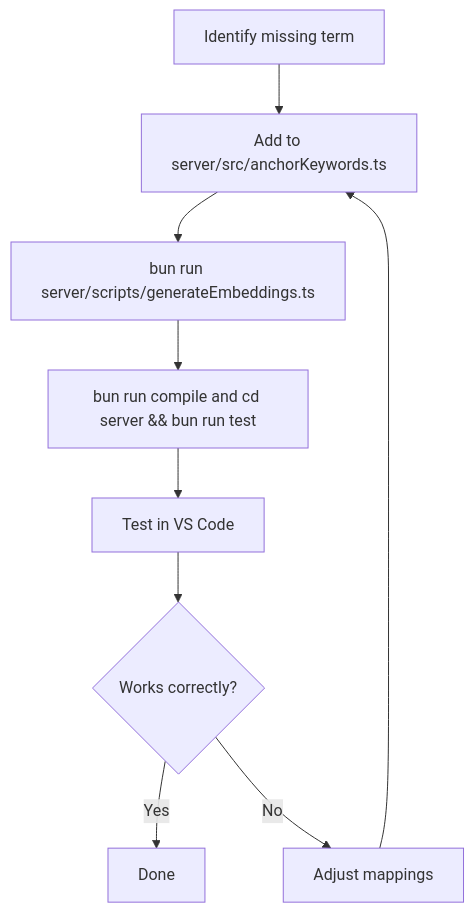
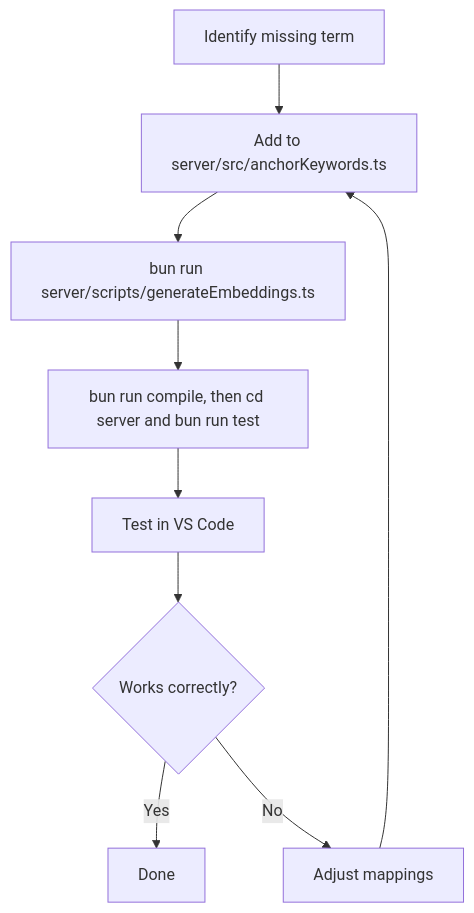
One commit to hed-standard/hed-lsp changed the diagram in docs/extending.md. Above: the diagram before and after it, drawn with Mermaid. The commit also changed other lines of this file, not shown here.

````diff
--- a/docs/extending.md
+++ b/docs/extending.md
@@ -40,12 +40,12 @@
 ```mermaid
 flowchart TD
     A[Identify missing term] --> B[Add to server/src/anchorKeywords.ts]
     B --> C[bun run server/scripts/generateEmbeddings.ts]
-    C --> D[bun run compile and cd server && bun run test]
+    C --> D[bun run compile, then cd server and bun run test]
     D --> E[Test in VS Code]
 
     E --> F{Works correctly?}
     F -->|Yes| G[Done]
     F -->|No| H[Adjust mappings]
     H --> B
 ```
````
